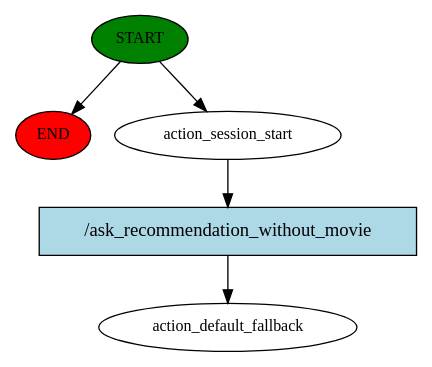
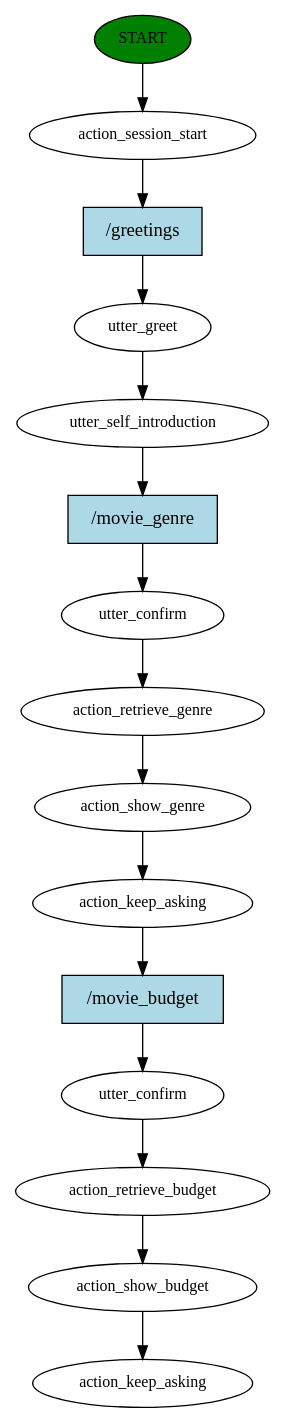
The diagram in story_graph.dot (Bru0x11/Human_Machine_Dialogue-Rasa), drawn with Graphviz before and after one commit. The commit also changed 121 other files, not shown here.

```diff
--- a/story_graph.dot
+++ b/story_graph.dot
@@ -1,11 +1,31 @@
 digraph  {
 0 [class="start active", fillcolor=green, fontsize=12, label=START, style=filled];
-"-1" [class=end, fillcolor=red, fontsize=12, label=END, style=filled];
 1 [class=active, fontsize=12, label=action_session_start];
-2 [class="dashed active", fontsize=12, label=action_default_fallback];
-3 [class="intent active", fillcolor=lightblue, label="/ask_recommendation_without_movie", shape=rect, style=filled];
-0 -> "-1"  [class="", key=NONE, label=""];
+2 [class=active, fontsize=12, label=utter_greet];
+3 [class=active, fontsize=12, label=utter_self_introduction];
+4 [class=active, fontsize=12, label=utter_confirm];
+5 [class=active, fontsize=12, label=action_retrieve_genre];
+6 [class=active, fontsize=12, label=action_show_genre];
+7 [class=active, fontsize=12, label=action_keep_asking];
+8 [class=active, fontsize=12, label=utter_confirm];
+9 [class=active, fontsize=12, label=action_retrieve_budget];
+10 [class=active, fontsize=12, label=action_show_budget];
+11 [class="dashed active", fontsize=12, label=action_keep_asking];
+12 [class="intent active", fillcolor=lightblue, label="/greetings", shape=rect, style=filled];
+13 [class="intent active", fillcolor=lightblue, label="/movie_genre", shape=rect, style=filled];
+14 [class="intent active", fillcolor=lightblue, label="/movie_budget", shape=rect, style=filled];
 0 -> 1  [class=active, key=NONE, label=""];
-1 -> 3  [class=active, key=0];
-3 -> 2  [class=active, key=0];
+1 -> 12  [class=active, key=0];
+2 -> 3  [class=active, key=NONE, label=""];
+3 -> 13  [class=active, key=0];
+4 -> 5  [class=active, key=NONE, label=""];
+5 -> 6  [class=active, key=NONE, label=""];
+6 -> 7  [class=active, key=NONE, label=""];
+7 -> 14  [class=active, key=0];
+8 -> 9  [class=active, key=NONE, label=""];
+9 -> 10  [class=active, key=NONE, label=""];
+10 -> 11  [class=active, key=NONE, label=""];
+12 -> 2  [class=active, key=0];
+13 -> 4  [class=active, key=0];
+14 -> 8  [class=active, key=0];
 }
```
